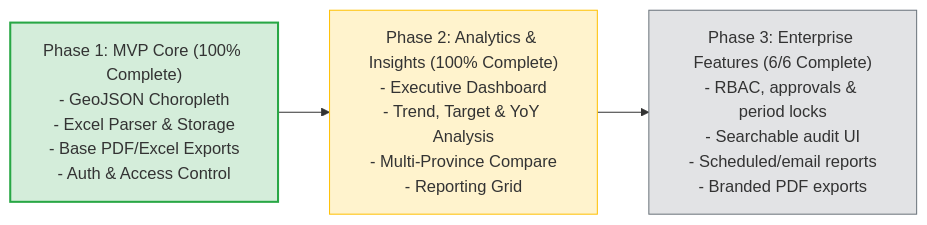
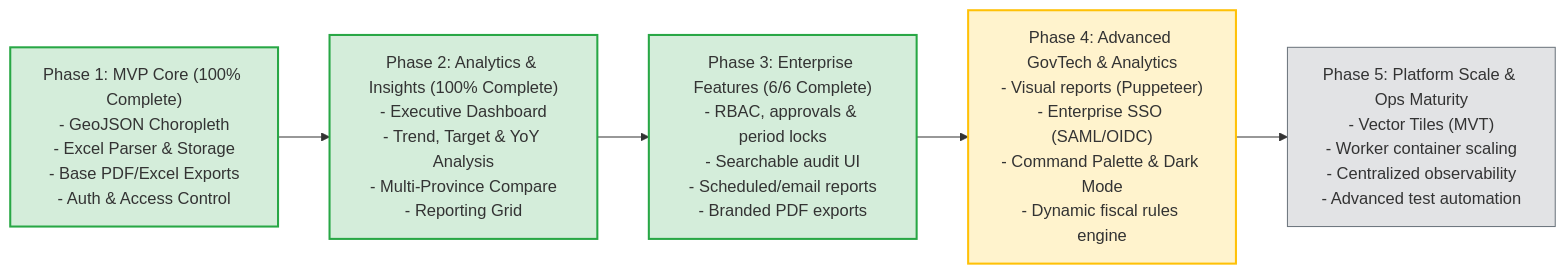
The diagram in docs/ROADMAP.md (noah-isme/petakeu), drawn with Mermaid before and after one commit. The commit also changed other lines of this file and 21 other files, not shown here.

Commit message:
docs: update roadmap and refresh E2E verification test screenshots

````diff
--- a/docs/ROADMAP.md
+++ b/docs/ROADMAP.md
@@ -30,12 +30,16 @@
 ```mermaid
 flowchart LR
     P1["Phase 1: MVP Core (100% Complete)\n- GeoJSON Choropleth\n- Excel Parser & Storage\n- Base PDF/Excel Exports\n- Auth & Access Control"]
     P2["Phase 2: Analytics & Insights (100% Complete)\n- Executive Dashboard\n- Trend, Target & YoY Analysis\n- Multi-Province Compare\n- Reporting Grid"]
     P3["Phase 3: Enterprise Features (6/6 Complete)\n- RBAC, approvals & period locks\n- Searchable audit UI\n- Scheduled/email reports\n- Branded PDF exports"]
+    P4["Phase 4: Advanced GovTech & Analytics\n- Visual reports (Puppeteer)\n- Enterprise SSO (SAML/OIDC)\n- Command Palette & Dark Mode\n- Dynamic fiscal rules engine"]
+    P5["Phase 5: Platform Scale & Ops Maturity\n- Vector Tiles (MVT)\n- Worker container scaling\n- Centralized observability\n- Advanced test automation"]
     
-    P1 --> P2 --> P3
+    P1 --> P2 --> P3 --> P4 --> P5
     
     style P1 fill:#d4edda,stroke:#28a745,stroke-width:2px
-    style P2 fill:#fff3cd,stroke:#ffc107,stroke-width:1px
-    style P3 fill:#e2e3e5,stroke:#6c757d,stroke-width:1px
+    style P2 fill:#d4edda,stroke:#28a745,stroke-width:2px
+    style P3 fill:#d4edda,stroke:#28a745,stroke-width:2px
+    style P4 fill:#fff3cd,stroke:#ffc107,stroke-width:2px
+    style P5 fill:#e2e3e5,stroke:#6c757d,stroke-width:1px
 ```
````
